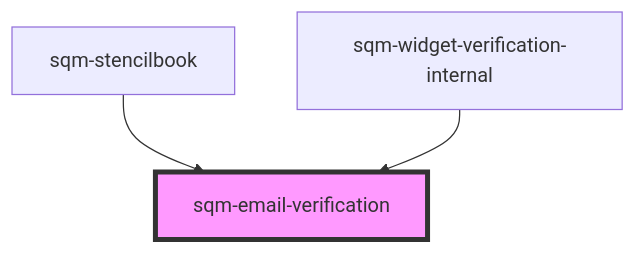
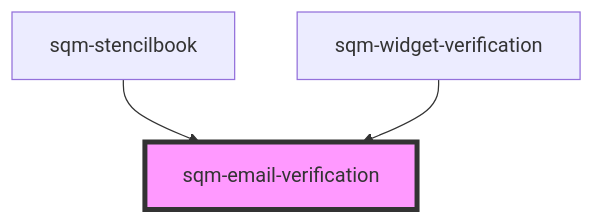
The diagram in packages/mint-components/src/components/sqm-widget-verification/sqm-email-verification/readme.md (saasquatch/program-tools), drawn with Mermaid before and after one commit. The commit also changed other lines of this file and 10 other files, not shown here.

Commit message:
change up widget verification components to fix text props

````diff
--- a/packages/mint-components/src/components/sqm-widget-verification/sqm-email-verification/readme.md
+++ b/packages/mint-components/src/components/sqm-widget-verification/sqm-email-verification/readme.md
@@ -30,6 +30,6 @@
 ```mermaid
 graph TD;
   sqm-stencilbook --> sqm-email-verification
-  sqm-widget-verification-internal --> sqm-email-verification
+  sqm-widget-verification --> sqm-email-verification
   style sqm-email-verification fill:#f9f,stroke:#333,stroke-width:4px
 ```
````
